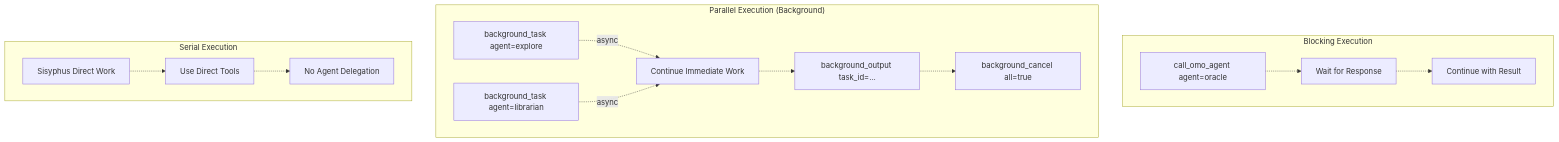
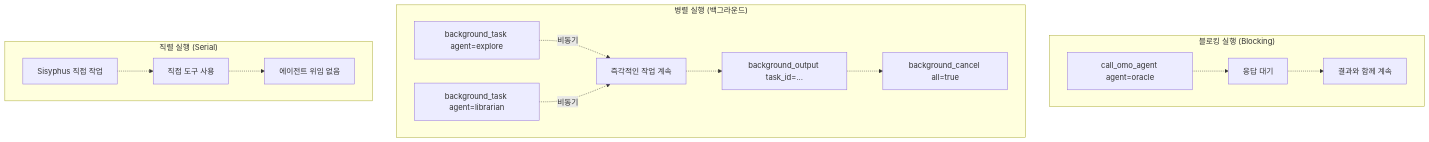
One commit to felipetruman/oh-my-opencode-docs changed the third of 4 diagrams in docs/agents/sisyphus-orchestrator.md. Above: the diagram before and after it, drawn with Mermaid. The commit also changed other lines of this file and 76 other files, not shown here.

````diff
--- a/docs/agents/sisyphus-orchestrator.md
+++ b/docs/agents/sisyphus-orchestrator.md
@@ -215,43 +209,43 @@
 ```mermaid
 flowchart TD
 
 B1["call_omo_agent agent=oracle"]
-B2["Wait for Response"]
-B3["Continue with Result"]
+B2["응답 대기"]
+B3["결과와 함께 계속"]
 P1["background_task agent=explore"]
-P3["Continue Immediate Work"]
+P3["즉각적인 작업 계속"]
 P2["background_task agent=librarian"]
 P4["background_output task_id=..."]
 P5["background_cancel all=true"]
-S1["Sisyphus Direct Work"]
-S2["Use Direct Tools"]
-S3["No Agent Delegation"]
+S1["Sisyphus 직접 작업"]
+S2["직접 도구 사용"]
+S3["에이전트 위임 없음"]
 
-subgraph subGraph2 ["Blocking Execution"]
+subgraph subGraph2 ["블로킹 실행 (Blocking)"]
     B1
     B2
     B3
     B1 -.-> B2
     B2 -.-> B3
 end
 
-subgraph subGraph1 ["Parallel Execution (Background)"]
+subgraph subGraph1 ["병렬 실행 (백그라운드)"]
     P1
     P3
     P2
     P4
     P5
-    P1 -.->|"async"| P3
-    P2 -.->|"async"| P3
+    P1 -.->|"비동기"| P3
+    P2 -.->|"비동기"| P3
     P3 -.-> P4
     P4 -.-> P5
 end
 
-subgraph subGraph0 ["Serial Execution"]
+subgraph subGraph0 ["직렬 실행 (Serial)"]
     S1
     S2
     S3
     S1 -.-> S2
     S2 -.-> S3
 end
 ```
````
